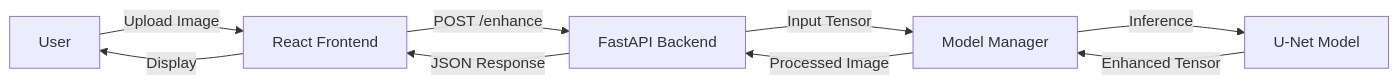
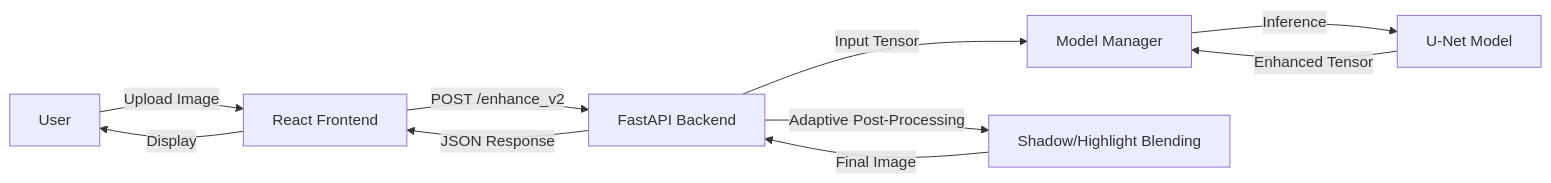
The diagram in README.md (dsharma08k/Lumeo), drawn with Mermaid before and after one commit. The commit also changed other lines of this file and 20 other files, not shown here.

````diff
--- a/README.md
+++ b/README.md
@@ -56,11 +57,12 @@
 ```mermaid
 graph LR
     A[User] -->|Upload Image| B[React Frontend]
-    B -->|POST /enhance| C[FastAPI Backend]
+   B -->|POST /enhance_v2| C[FastAPI Backend]
     C -->|Input Tensor| D[Model Manager]
     D -->|Inference| E[U-Net Model]
+   C -->|Adaptive Post-Processing| F[Shadow/Highlight Blending]
     E -->|Enhanced Tensor| D
-    D -->|Processed Image| C
+   F -->|Final Image| C
     C -->|JSON Response| B
     B -->|Display| A
 ```
````
